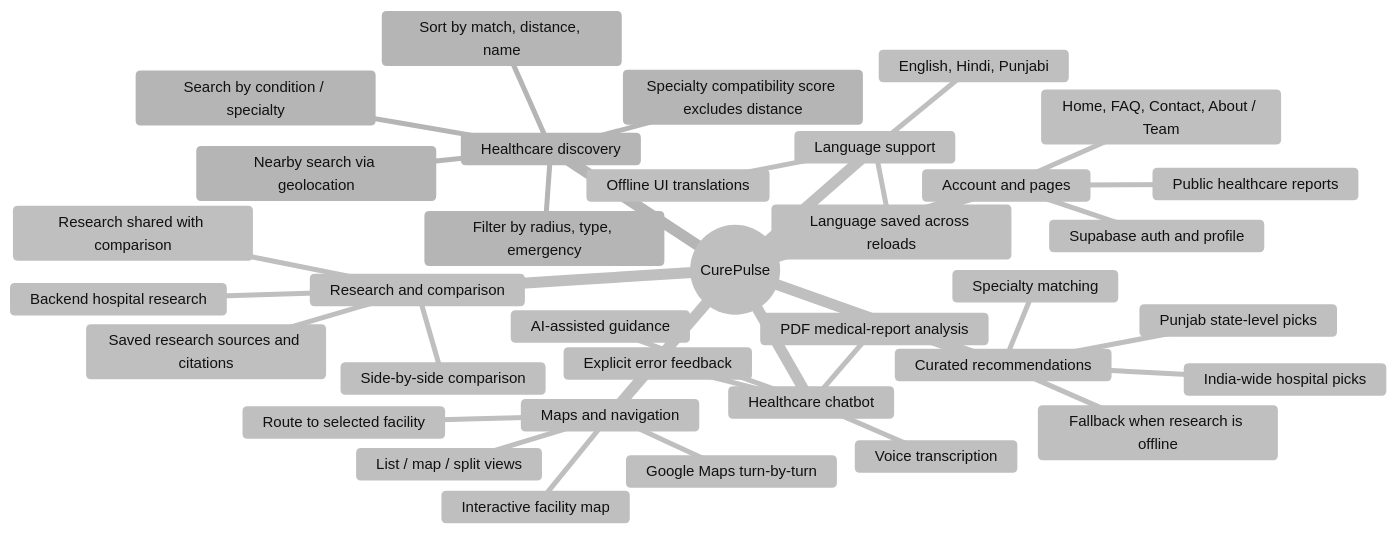
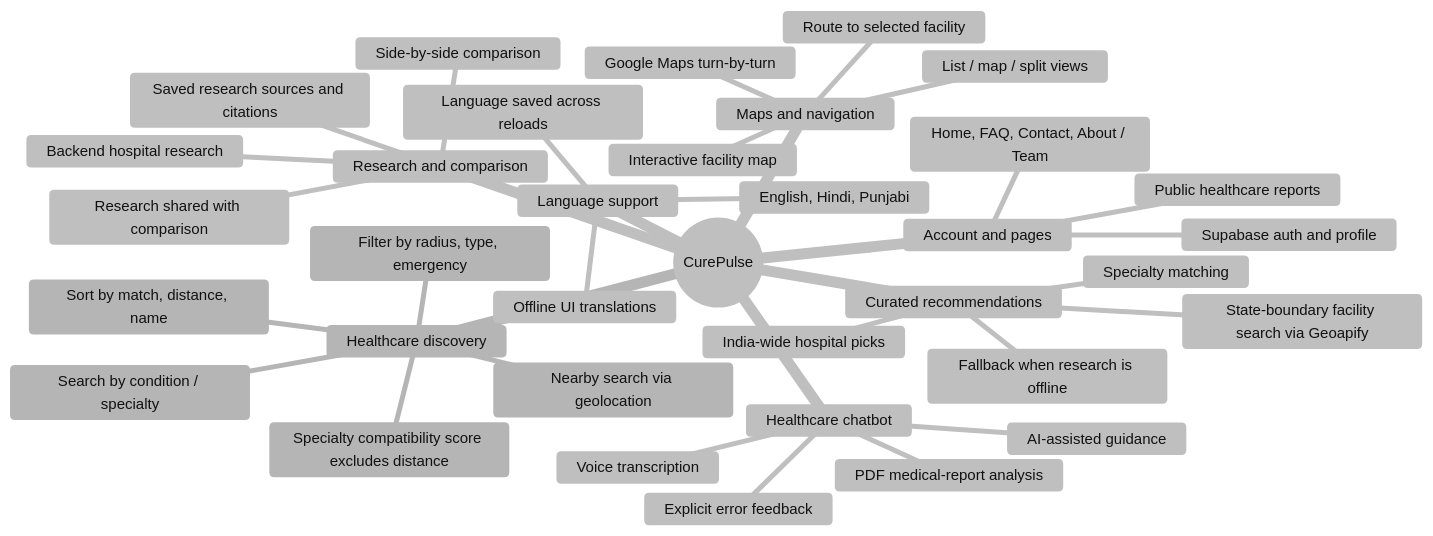
One commit to vanshkatnor1505/BuiltTechies changed the first of 5 diagrams in README.md. Above: the diagram before and after it, drawn with Mermaid. The commit also changed other lines of this file, not shown here.

Commit message:
feat: enhance recommendations section to include state-boundary facility search via Geoapify

````diff
--- a/README.md
+++ b/README.md
@@ -53,39 +53,39 @@
 ```mermaid
     %%{init: {'theme':'base', 'themeVariables': {'primaryColor':'#ffffff','primaryTextColor':'#111111','primaryBorderColor':'#555555','lineColor':'#555555','secondaryColor':'#f5f5f5','tertiaryColor':'#ffffff','fontSize':'15px','darkMode':false,'background':'#ffffff'}}}%%
 mindmap
   root((CurePulse))
     Healthcare discovery
       Search by condition / specialty
       Nearby search via geolocation
       Filter by radius, type, emergency
       Sort by match, distance, name
       Specialty compatibility score excludes distance
     Curated recommendations
       India-wide hospital picks
-      Punjab state-level picks
+      State-boundary facility search via Geoapify
       Specialty matching
       Fallback when research is offline
     Maps and navigation
       Interactive facility map
       Route to selected facility
       Google Maps turn-by-turn
       List / map / split views
     Research and comparison
       Backend hospital research
       Saved research sources and citations
       Research shared with comparison
       Side-by-side comparison
     Language support
       English, Hindi, Punjabi
       Offline UI translations
       Language saved across reloads
     Healthcare chatbot
       AI-assisted guidance
       PDF medical-report analysis
       Voice transcription
       Explicit error feedback
     Account and pages
       Supabase auth and profile
       Home, FAQ, Contact, About / Team
       Public healthcare reports
 ```
````
